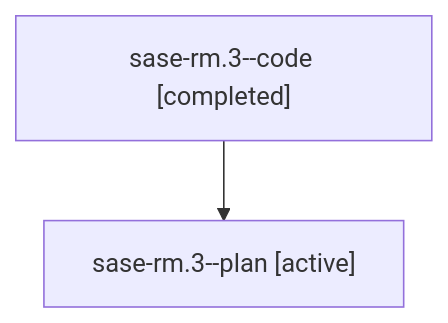
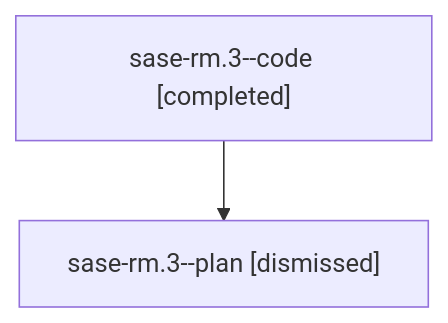
Before and after one commit to sase-org/sase--agents: the diagram in sessions/bbugyi200.athena.sase-rm.3.md, drawn with Mermaid. The commit also changed other lines of this file and 172 other files, not shown here.

````diff
--- a/sessions/bbugyi200.athena.sase-rm.3.md
+++ b/sessions/bbugyi200.athena.sase-rm.3.md
@@ -9,6 +9,6 @@
 ```mermaid
 flowchart TD
   n0["sase-rm.3--code [completed]"]
-  n1["sase-rm.3--plan [active]"]
+  n1["sase-rm.3--plan [dismissed]"]
   n0 --> n1
 ```
````
